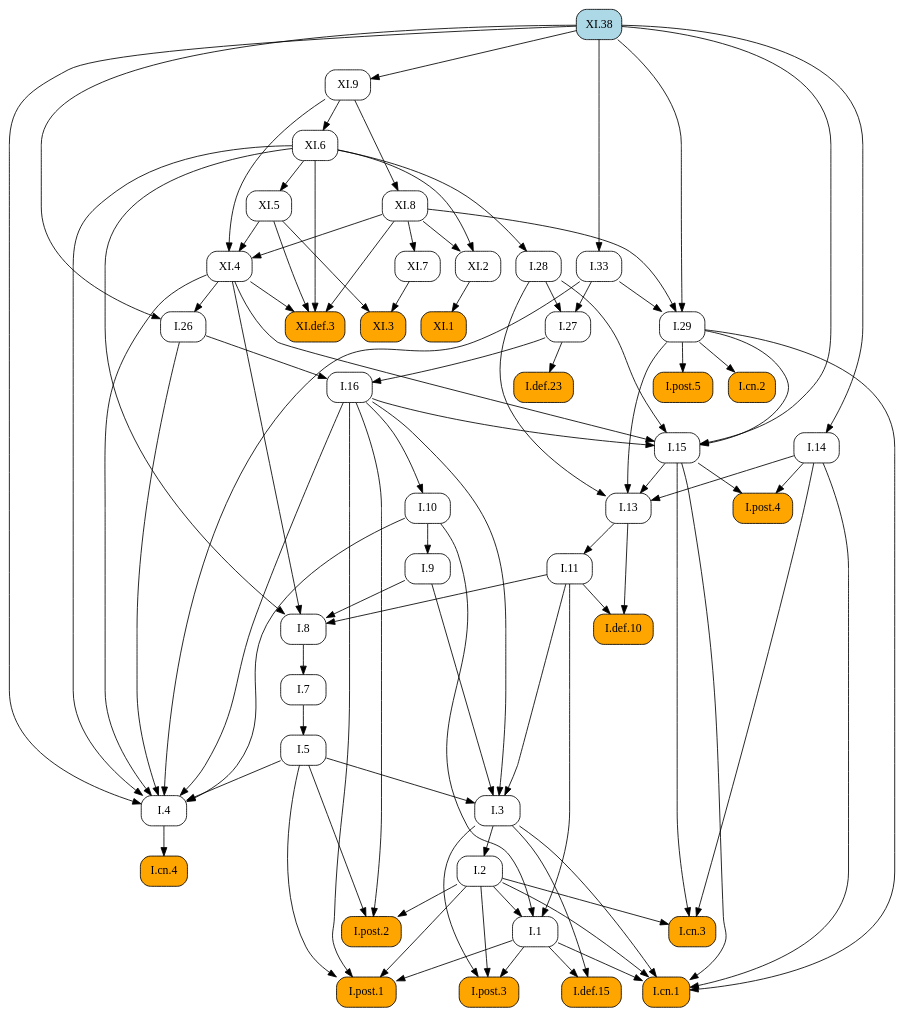
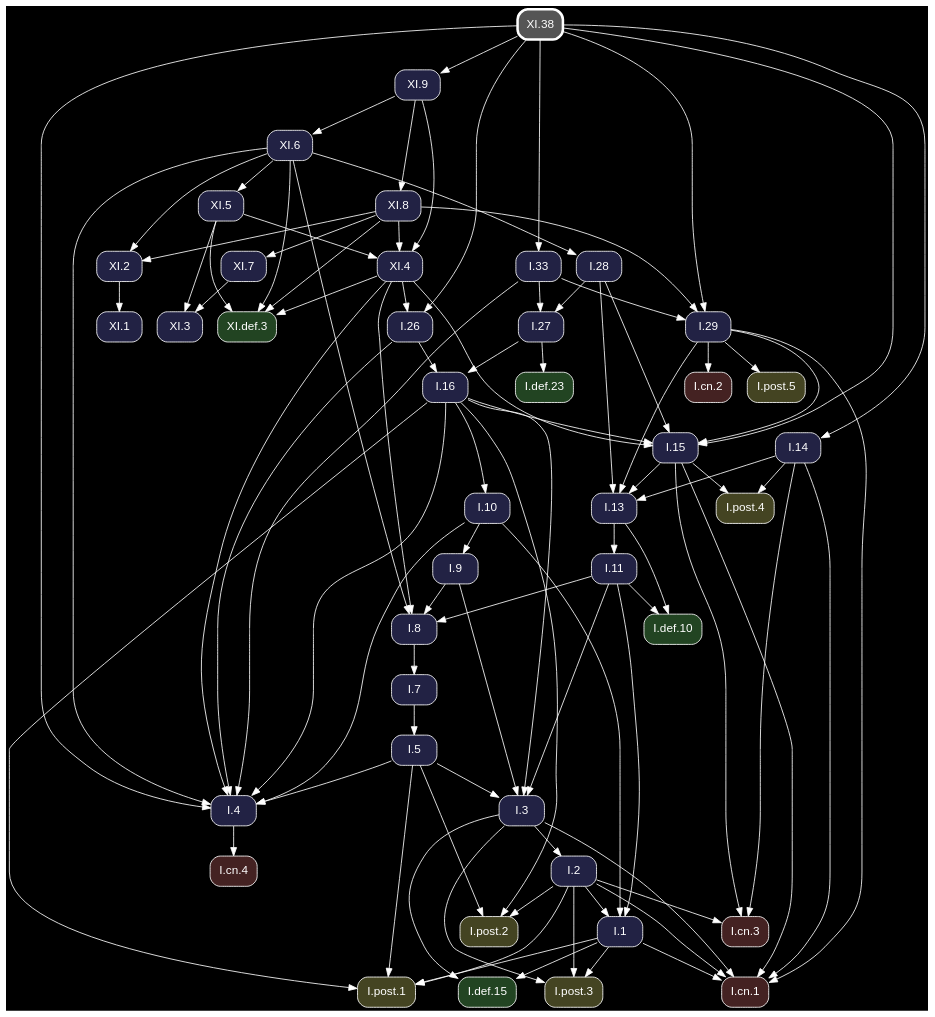
Before and after one commit to geometor/elements: the diagram in docsrc/heath/XI/38/index.rst, drawn with Graphviz. The commit also changed other lines of this file and 1200 other files, not shown here.

Commit message:
update dependency graphs

```diff
--- a/docsrc/heath/XI/38/index.rst
+++ b/docsrc/heath/XI/38/index.rst
@@ -49,80 +49,54 @@
 .. graphviz::
 
    digraph {
+     bgcolor="black";
+     node [shape=box, style="rounded,filled", fontname="Helvetica", color="white", fontcolor="white"];
+     edge [color="white", fontcolor="white"];
      rankdir="TB";
-     node [shape=box, style=rounded];
-     "I.9" [URL="/heath/I/9/", target="_top"];
-     "I.33" [URL="/heath/I/33/", target="_top"];
-     "XI.4" [URL="/heath/XI/4/", target="_top"];
-     "I.def.15" [style="rounded,filled", fillcolor=orange, URL="/heath/I/def.15/", target="_top"];
-     "XI.8" [URL="/heath/XI/8/", target="_top"];
-     "XI.6" [URL="/heath/XI/6/", target="_top"];
-     "I.post.3" [style="rounded,filled", fillcolor=orange, URL="/heath/I/post.3/", target="_top"];
-     "I.post.1" [style="rounded,filled", fillcolor=orange, URL="/heath/I/post.1/", target="_top"];
-     "XI.3" [style="rounded,filled", fillcolor=orange, URL="/heath/XI/3/", target="_top"];
-     "I.def.10" [style="rounded,filled", fillcolor=orange, URL="/heath/I/def.10/", target="_top"];
-     "XI.def.3" [style="rounded,filled", fillcolor=orange, URL="/heath/XI/def.3/", target="_top"];
-     "I.27" [URL="/heath/I/27/", target="_top"];
-     "I.14" [URL="/heath/I/14/", target="_top"];
-     "XI.2" [URL="/heath/XI/2/", target="_top"];
-     "XI.7" [URL="/heath/XI/7/", target="_top"];
-     "I.3" [URL="/heath/I/3/", target="_top"];
-     "XI.38" [style="rounded,filled", fillcolor=lightblue, URL="/heath/XI/38/", target="_top"];
-     "I.cn.1" [style="rounded,filled", fillcolor=orange, URL="/heath/I/cn.1/", target="_top"];
-     "I.7" [URL="/heath/I/7/", target="_top"];
-     "I.2" [URL="/heath/I/2/", target="_top"];
-     "I.13" [URL="/heath/I/13/", target="_top"];
-     "I.post.4" [style="rounded,filled", fillcolor=orange, URL="/heath/I/post.4/", target="_top"];
-     "I.4" [URL="/heath/I/4/", target="_top"];
-     "I.1" [URL="/heath/I/1/", target="_top"];
-     "I.5" [URL="/heath/I/5/", target="_top"];
-     "I.8" [URL="/heath/I/8/", target="_top"];
-     "I.cn.3" [style="rounded,filled", fillcolor=orange, URL="/heath/I/cn.3/", target="_top"];
-     "I.29" [URL="/heath/I/29/", target="_top"];
-     "XI.5" [URL="/heath/XI/5/", target="_top"];
-     "I.16" [URL="/heath/I/16/", target="_top"];
-     "I.15" [URL="/heath/I/15/", target="_top"];
-     "I.10" [URL="/heath/I/10/", target="_top"];
-     "I.11" [URL="/heath/I/11/", target="_top"];
-     "I.def.23" [style="rounded,filled", fillcolor=orange, URL="/heath/I/def.23/", target="_top"];
-     "XI.9" [URL="/heath/XI/9/", target="_top"];
-     "I.cn.2" [style="rounded,filled", fillcolor=orange, URL="/heath/I/cn.2/", target="_top"];
-     "I.post.5" [style="rounded,filled", fillcolor=orange, URL="/heath/I/post.5/", target="_top"];
-     "I.28" [URL="/heath/I/28/", target="_top"];
-     "I.cn.4" [style="rounded,filled", fillcolor=orange, URL="/heath/I/cn.4/", target="_top"];
-     "XI.1" [style="rounded,filled", fillcolor=orange, URL="/heath/XI/1/", target="_top"];
-     "I.post.2" [style="rounded,filled", fillcolor=orange, URL="/heath/I/post.2/", target="_top"];
-     "I.26" [URL="/heath/I/26/", target="_top"];
-     "I.10" -> "I.9";
-     "XI.38" -> "I.33";
-     "XI.5" -> "XI.4";
-     "XI.8" -> "XI.4";
-     "XI.9" -> "XI.4";
-     "I.1" -> "I.def.15";
-     "I.3" -> "I.def.15";
+     "XI.7" [fillcolor="#222244", URL="/heath/XI/7/", target="_top"];
+     "XI.8" [fillcolor="#222244", URL="/heath/XI/8/", target="_top"];
+     "I.3" [fillcolor="#222244", URL="/heath/I/3/", target="_top"];
+     "I.cn.1" [fillcolor="#442222", URL="/heath/I/cn.1/", target="_top"];
+     "XI.def.3" [fillcolor="#224422", URL="/heath/XI/def.3/", target="_top"];
+     "I.def.10" [fillcolor="#224422", URL="/heath/I/def.10/", target="_top"];
+     "I.15" [fillcolor="#222244", URL="/heath/I/15/", target="_top"];
+     "XI.5" [fillcolor="#222244", URL="/heath/XI/5/", target="_top"];
+     "I.28" [fillcolor="#222244", URL="/heath/I/28/", target="_top"];
+     "I.13" [fillcolor="#222244", URL="/heath/I/13/", target="_top"];
+     "I.27" [fillcolor="#222244", URL="/heath/I/27/", target="_top"];
+     "I.2" [fillcolor="#222244", URL="/heath/I/2/", target="_top"];
+     "XI.3" [fillcolor="#222244", URL="/heath/XI/3/", target="_top"];
+     "I.cn.2" [fillcolor="#442222", URL="/heath/I/cn.2/", target="_top"];
+     "XI.1" [fillcolor="#222244", URL="/heath/XI/1/", target="_top"];
+     "I.9" [fillcolor="#222244", URL="/heath/I/9/", target="_top"];
+     "I.1" [fillcolor="#222244", URL="/heath/I/1/", target="_top"];
+     "I.post.5" [fillcolor="#444422", URL="/heath/I/post.5/", target="_top"];
+     "I.post.4" [fillcolor="#444422", URL="/heath/I/post.4/", target="_top"];
+     "XI.38" [penwidth=3, color="white", fillcolor="#555555", URL="/heath/XI/38/", target="_top"];
+     "I.26" [fillcolor="#222244", URL="/heath/I/26/", target="_top"];
+     "I.8" [fillcolor="#222244", URL="/heath/I/8/", target="_top"];
+     "I.4" [fillcolor="#222244", URL="/heath/I/4/", target="_top"];
+     "I.7" [fillcolor="#222244", URL="/heath/I/7/", target="_top"];
+     "I.5" [fillcolor="#222244", URL="/heath/I/5/", target="_top"];
+     "I.10" [fillcolor="#222244", URL="/heath/I/10/", target="_top"];
+     "I.post.1" [fillcolor="#444422", URL="/heath/I/post.1/", target="_top"];
+     "I.11" [fillcolor="#222244", URL="/heath/I/11/", target="_top"];
+     "I.16" [fillcolor="#222244", URL="/heath/I/16/", target="_top"];
+     "I.cn.3" [fillcolor="#442222", URL="/heath/I/cn.3/", target="_top"];
+     "XI.9" [fillcolor="#222244", URL="/heath/XI/9/", target="_top"];
+     "I.29" [fillcolor="#222244", URL="/heath/I/29/", target="_top"];
+     "I.post.2" [fillcolor="#444422", URL="/heath/I/post.2/", target="_top"];
+     "I.cn.4" [fillcolor="#442222", URL="/heath/I/cn.4/", target="_top"];
+     "I.def.23" [fillcolor="#224422", URL="/heath/I/def.23/", target="_top"];
+     "I.14" [fillcolor="#222244", URL="/heath/I/14/", target="_top"];
+     "I.post.3" [fillcolor="#444422", URL="/heath/I/post.3/", target="_top"];
+     "I.33" [fillcolor="#222244", URL="/heath/I/33/", target="_top"];
+     "I.def.15" [fillcolor="#224422", URL="/heath/I/def.15/", target="_top"];
+     "XI.4" [fillcolor="#222244", URL="/heath/XI/4/", target="_top"];
+     "XI.2" [fillcolor="#222244", URL="/heath/XI/2/", target="_top"];
+     "XI.6" [fillcolor="#222244", URL="/heath/XI/6/", target="_top"];
+     "XI.8" -> "XI.7";
      "XI.9" -> "XI.8";
-     "XI.9" -> "XI.6";
-     "I.1" -> "I.post.3";
-     "I.2" -> "I.post.3";
-     "I.3" -> "I.post.3";
-     "I.1" -> "I.post.1";
-     "I.2" -> "I.post.1";
-     "I.5" -> "I.post.1";
-     "I.16" -> "I.post.1";
-     "XI.5" -> "XI.3";
-     "XI.7" -> "XI.3";
-     "I.11" -> "I.def.10";
-     "I.13" -> "I.def.10";
-     "XI.4" -> "XI.def.3";
-     "XI.5" -> "XI.def.3";
-     "XI.6" -> "XI.def.3";
-     "XI.8" -> "XI.def.3";
-     "I.28" -> "I.27";
-     "I.33" -> "I.27";
-     "XI.38" -> "I.14";
-     "XI.6" -> "XI.2";
-     "XI.8" -> "XI.2";
-     "XI.8" -> "XI.7";
      "I.5" -> "I.3";
      "I.9" -> "I.3";
      "I.11" -> "I.3";
@@ -133,14 +107,43 @@
      "I.14" -> "I.cn.1";
      "I.15" -> "I.cn.1";
      "I.29" -> "I.cn.1";
-     "I.8" -> "I.7";
-     "I.3" -> "I.2";
+     "XI.4" -> "XI.def.3";
+     "XI.5" -> "XI.def.3";
+     "XI.6" -> "XI.def.3";
+     "XI.8" -> "XI.def.3";
+     "I.11" -> "I.def.10";
+     "I.13" -> "I.def.10";
+     "I.16" -> "I.15";
+     "I.28" -> "I.15";
+     "I.29" -> "I.15";
+     "XI.4" -> "I.15";
+     "XI.38" -> "I.15";
+     "XI.6" -> "XI.5";
+     "XI.6" -> "I.28";
      "I.14" -> "I.13";
      "I.15" -> "I.13";
      "I.28" -> "I.13";
      "I.29" -> "I.13";
+     "I.28" -> "I.27";
+     "I.33" -> "I.27";
+     "I.3" -> "I.2";
+     "XI.5" -> "XI.3";
+     "XI.7" -> "XI.3";
+     "I.29" -> "I.cn.2";
+     "XI.2" -> "XI.1";
+     "I.10" -> "I.9";
+     "I.2" -> "I.1";
+     "I.10" -> "I.1";
+     "I.11" -> "I.1";
+     "I.29" -> "I.post.5";
      "I.14" -> "I.post.4";
      "I.15" -> "I.post.4";
+     "XI.4" -> "I.26";
+     "XI.38" -> "I.26";
+     "I.9" -> "I.8";
+     "I.11" -> "I.8";
+     "XI.4" -> "I.8";
+     "XI.6" -> "I.8";
      "I.5" -> "I.4";
      "I.10" -> "I.4";
      "I.16" -> "I.4";
@@ -149,40 +152,39 @@
      "XI.4" -> "I.4";
      "XI.6" -> "I.4";
      "XI.38" -> "I.4";
-     "I.2" -> "I.1";
-     "I.10" -> "I.1";
-     "I.11" -> "I.1";
+     "I.8" -> "I.7";
      "I.7" -> "I.5";
-     "I.9" -> "I.8";
-     "I.11" -> "I.8";
-     "XI.4" -> "I.8";
-     "XI.6" -> "I.8";
+     "I.16" -> "I.10";
+     "I.1" -> "I.post.1";
+     "I.2" -> "I.post.1";
+     "I.5" -> "I.post.1";
+     "I.16" -> "I.post.1";
+     "I.13" -> "I.11";
+     "I.26" -> "I.16";
+     "I.27" -> "I.16";
      "I.2" -> "I.cn.3";
      "I.14" -> "I.cn.3";
      "I.15" -> "I.cn.3";
+     "XI.38" -> "XI.9";
      "I.33" -> "I.29";
      "XI.8" -> "I.29";
      "XI.38" -> "I.29";
-     "XI.6" -> "XI.5";
-     "I.26" -> "I.16";
-     "I.27" -> "I.16";
-     "I.16" -> "I.15";
-     "I.28" -> "I.15";
-     "I.29" -> "I.15";
-     "XI.4" -> "I.15";
-     "XI.38" -> "I.15";
-     "I.16" -> "I.10";
-     "I.13" -> "I.11";
-     "I.27" -> "I.def.23";
-     "XI.38" -> "XI.9";
-     "I.29" -> "I.cn.2";
-     "I.29" -> "I.post.5";
-     "XI.6" -> "I.28";
-     "I.4" -> "I.cn.4";
-     "XI.2" -> "XI.1";
      "I.2" -> "I.post.2";
      "I.5" -> "I.post.2";
      "I.16" -> "I.post.2";
-     "XI.4" -> "I.26";
-     "XI.38" -> "I.26";
+     "I.4" -> "I.cn.4";
+     "I.27" -> "I.def.23";
+     "XI.38" -> "I.14";
+     "I.1" -> "I.post.3";
+     "I.2" -> "I.post.3";
+     "I.3" -> "I.post.3";
+     "XI.38" -> "I.33";
+     "I.1" -> "I.def.15";
+     "I.3" -> "I.def.15";
+     "XI.5" -> "XI.4";
+     "XI.8" -> "XI.4";
+     "XI.9" -> "XI.4";
+     "XI.6" -> "XI.2";
+     "XI.8" -> "XI.2";
+     "XI.9" -> "XI.6";
    }
```
